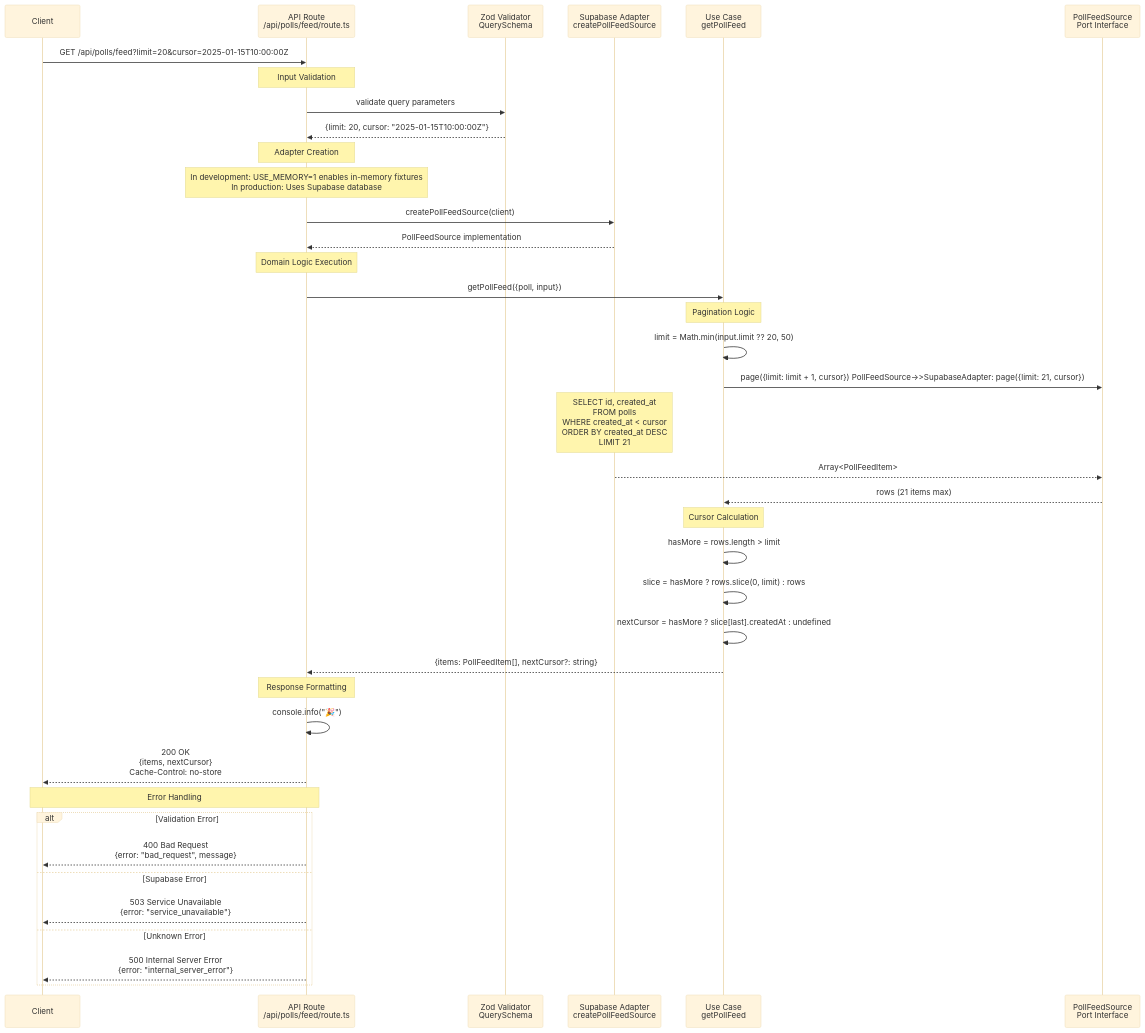
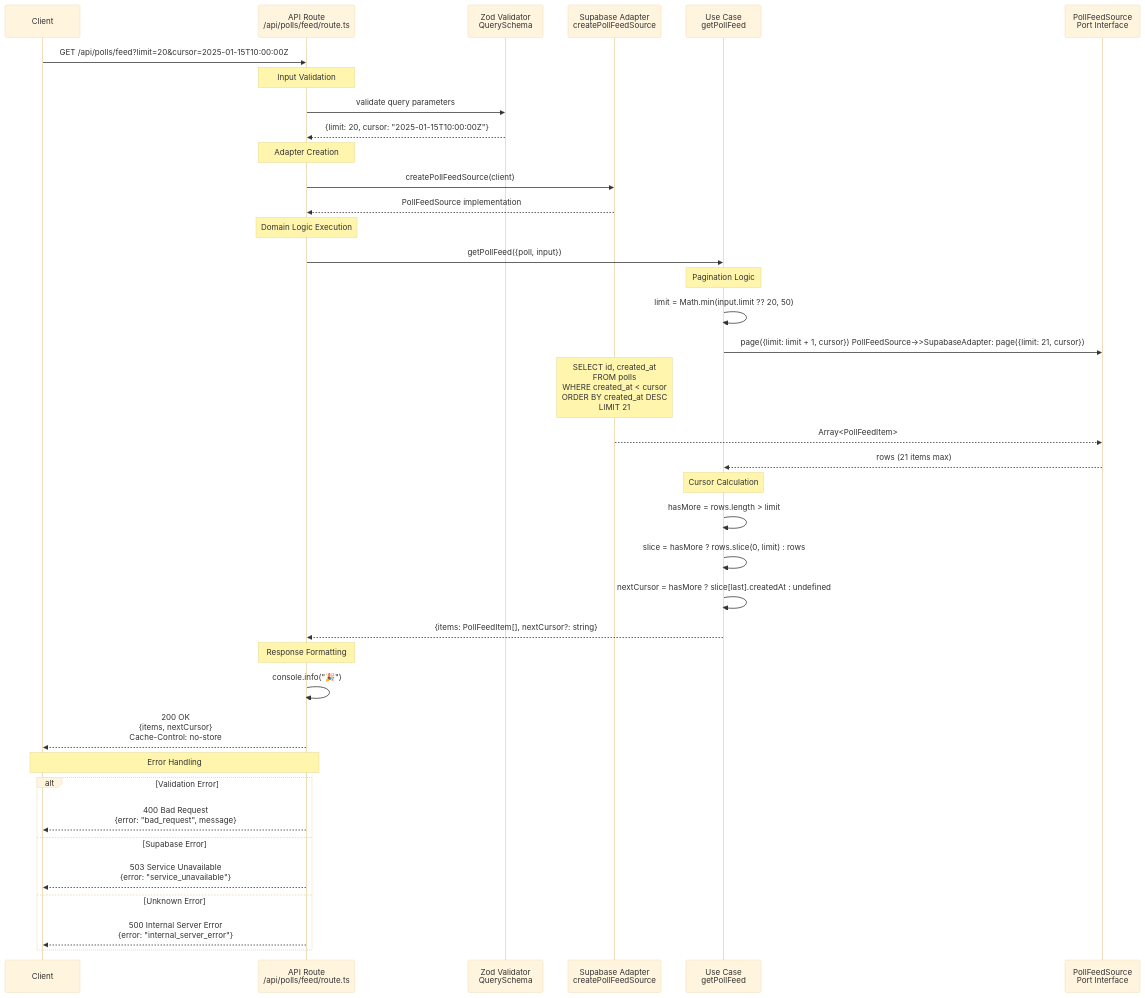
One commit to sandbox-as-a-service/directional-sentiment changed the diagram in .github/sequence-diagrams/get-poll-feed.md. Above: the diagram before and after it, drawn with Mermaid (base theme). The commit also changed other lines of this file and 2 other files, not shown here.

Commit message:
refactor: update sequence diagrams to clarify authentication and response formats

````diff
--- a/.github/sequence-diagrams/get-poll-feed.md
+++ b/.github/sequence-diagrams/get-poll-feed.md
@@ -5,51 +5,50 @@
 ```mermaid
 sequenceDiagram
     participant Client
     participant Route as API Route<br/>/api/polls/feed/route.ts
     participant Zod as Zod Validator<br/>QuerySchema
     participant SupabaseAdapter as Supabase Adapter<br/>createPollFeedSource
     participant UseCase as Use Case<br/>getPollFeed
     participant PollFeedSource as PollFeedSource<br/>Port Interface
 
     Client->>Route: GET /api/polls/feed?limit=20&cursor=2025-01-15T10:00:00Z
 
     Note over Route: Input Validation
     Route->>Zod: validate query parameters
     Zod-->>Route: {limit: 20, cursor: "2025-01-15T10:00:00Z"}
 
     Note over Route: Adapter Creation
-    Note over Route: In development: USE_MEMORY=1 enables in-memory fixtures<br/>In production: Uses Supabase database
     Route->>SupabaseAdapter: createPollFeedSource(client)
     SupabaseAdapter-->>Route: PollFeedSource implementation
 
     Note over Route: Domain Logic Execution
     Route->>UseCase: getPollFeed({poll, input})
 
     Note over UseCase: Pagination Logic
     UseCase->>UseCase: limit = Math.min(input.limit ?? 20, 50)
     UseCase->>PollFeedSource: page({limit: limit + 1, cursor})    PollFeedSource->>SupabaseAdapter: page({limit: 21, cursor})
     Note over SupabaseAdapter: SELECT id, created_at<br/>FROM polls<br/>WHERE created_at < cursor<br/>ORDER BY created_at DESC<br/>LIMIT 21
     SupabaseAdapter-->>PollFeedSource: Array<PollFeedItem>
 
     PollFeedSource-->>UseCase: rows (21 items max)
 
     Note over UseCase: Cursor Calculation
     UseCase->>UseCase: hasMore = rows.length > limit
     UseCase->>UseCase: slice = hasMore ? rows.slice(0, limit) : rows
     UseCase->>UseCase: nextCursor = hasMore ? slice[last].createdAt : undefined
 
     UseCase-->>Route: {items: PollFeedItem[], nextCursor?: string}
 
     Note over Route: Response Formatting
     Route->>Route: console.info("🎉")
     Route-->>Client: 200 OK<br/>{items, nextCursor}<br/>Cache-Control: no-store
 
     Note over Route,Client: Error Handling
     alt Validation Error
         Route-->>Client: 400 Bad Request<br/>{error: "bad_request", message}
     else Supabase Error
         Route-->>Client: 503 Service Unavailable<br/>{error: "service_unavailable"}
     else Unknown Error
         Route-->>Client: 500 Internal Server Error<br/>{error: "internal_server_error"}
     end
 ```
````
